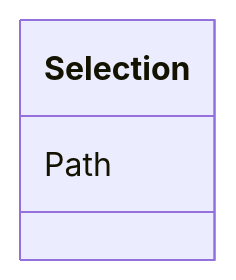
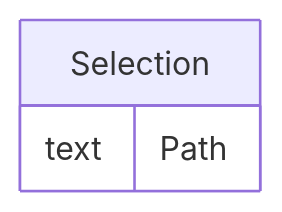
The diagram in docs/Selection.md (cdisc-org/DataExchange-ODM-LinkML), drawn with Mermaid before and after one commit. The commit also changed other lines of this file and 181 other files, not shown here.

Commit message:
ER diagrams working via templates and removing names with underscores

````diff
--- a/docs/Selection.md
+++ b/docs/Selection.md
@@ -14,7 +11,9 @@
 ```mermaid
- classDiagram
-    class Selection
-      Selection : Path
-        
-      
+erDiagram
+Selection {
+    text Path  
+}
+
+
+
 ```
````
